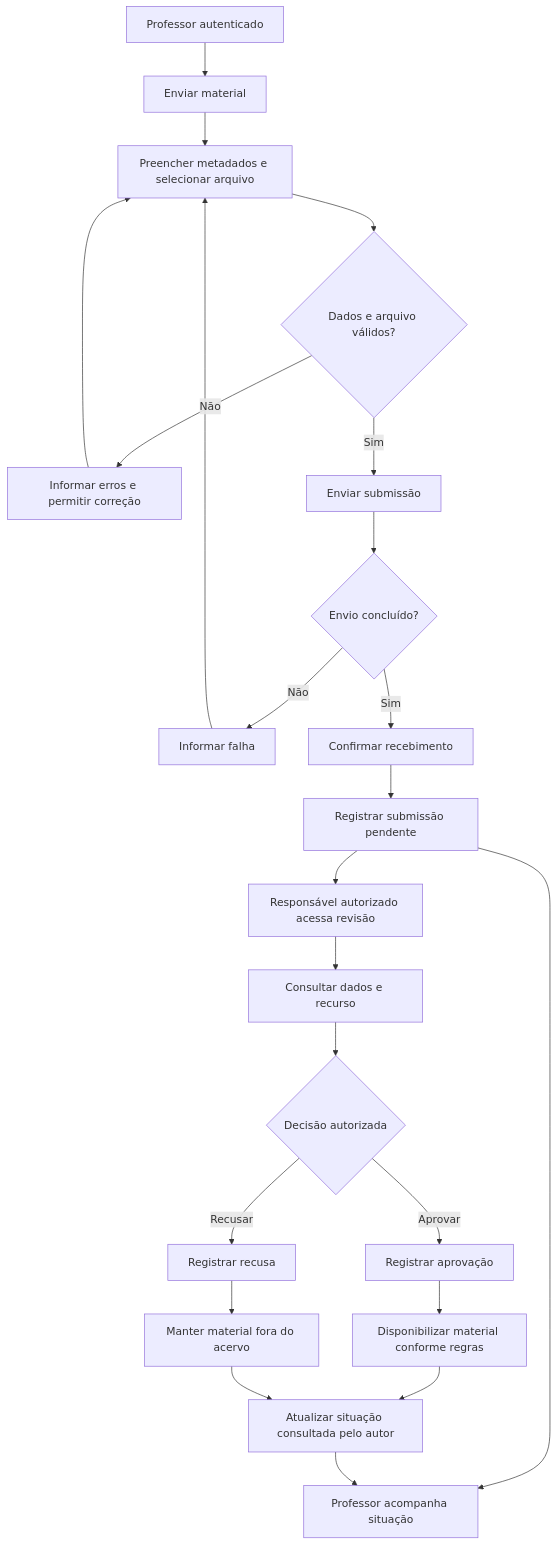
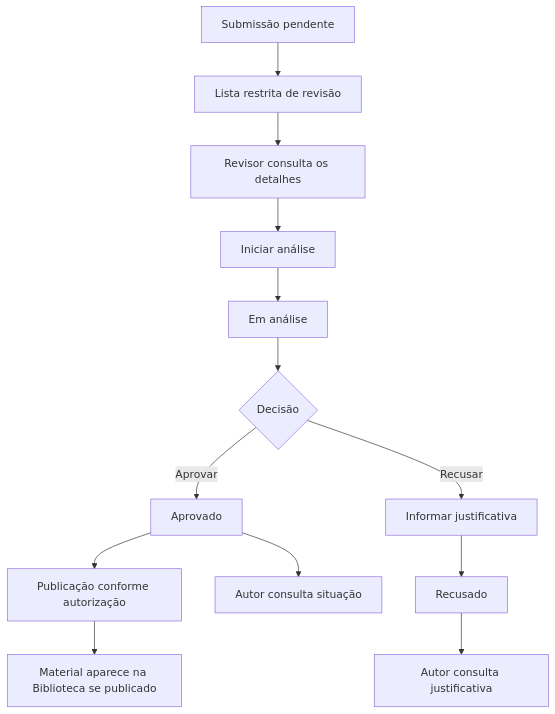
One commit to pedroalbuqu3rque/educomp changed the second of 2 diagrams in docs/ux-ui/user-flow.md. Above: the diagram before and after it, drawn with Mermaid. The commit also changed other lines of this file, not shown here.

````diff
--- a/docs/ux-ui/user-flow.md
+++ b/docs/ux-ui/user-flow.md
@@ -417,34 +120,15 @@
 ```mermaid
 flowchart TD
-    A[Professor autenticado] --> B[Enviar material]
-    B --> C[Preencher metadados e selecionar arquivo]
-    C --> D{Dados e arquivo válidos?}
-
-    D -->|Não| E[Informar erros e permitir correção]
-    E --> C
-
-    D -->|Sim| F[Enviar submissão]
-    F --> G{Envio concluído?}
-
-    G -->|Não| H[Informar falha]
-    H --> C
-
-    G -->|Sim| I[Confirmar recebimento]
-    I --> J[Registrar submissão pendente]
-
-    J --> K[Professor acompanha situação]
-    J --> L[Responsável autorizado acessa revisão]
-
-    L --> M[Consultar dados e recurso]
-    M --> N{Decisão autorizada}
-
-    N -->|Aprovar| O[Registrar aprovação]
-    N -->|Recusar| P[Registrar recusa]
-
-    O --> Q[Disponibilizar material conforme regras]
-    P --> R[Manter material fora do acervo]
-
-    Q --> S[Atualizar situação consultada pelo autor]
-    R --> S
-    S --> K
+    A[Submissão pendente] --> B[Lista restrita de revisão]
+    B --> C[Revisor consulta os detalhes]
+    C --> D[Iniciar análise]
+    D --> E[Em análise]
+    E --> F{Decisão}
+    F -->|Aprovar| G[Aprovado]
+    F -->|Recusar| H[Informar justificativa]
+    H --> I[Recusado]
+    G --> J[Publicação conforme autorização]
+    I --> K[Autor consulta justificativa]
+    G --> L[Autor consulta situação]
+    J --> M[Material aparece na Biblioteca se publicado]
 ```
````
